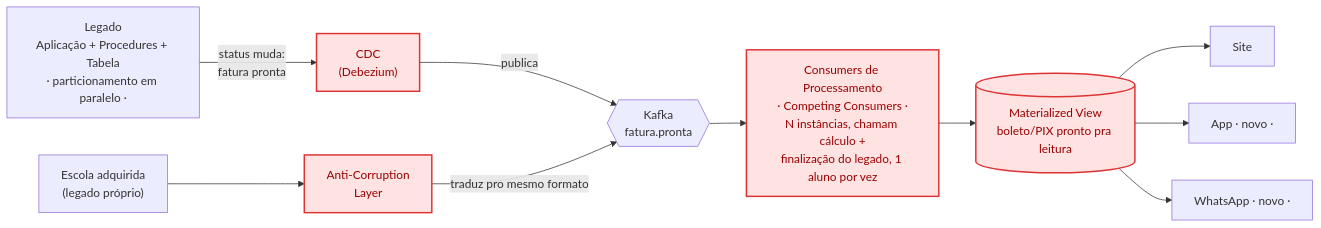
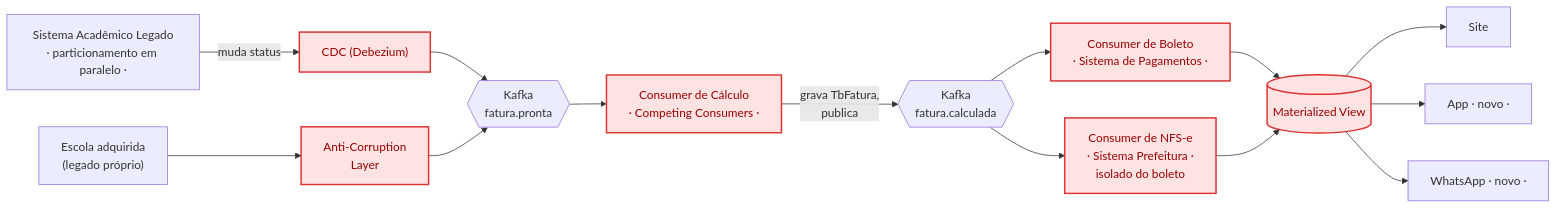
Before and after one commit to lealnetosena/colegio-leal: the diagram in diagramas/02-arquitetura-proposta.md, drawn with Mermaid. The commit also changed other lines of this file, not shown here.

First line of the commit message:
docs: separa boleto e NFS-e em consumers isolados na arquitetura proposta

````diff
--- a/diagramas/02-arquitetura-proposta.md
+++ b/diagramas/02-arquitetura-proposta.md
@@ -6,16 +12,20 @@
 ```mermaid
 flowchart LR
-    LEG["Legado<br/>Aplicação + Procedures + Tabela<br/>· particionamento em paralelo ·"] -->|"status muda:<br/>fatura pronta"| CDC["CDC<br/>(Debezium)"]
-    CDC -->|"publica"| KAFKA{{"Kafka<br/>fatura.pronta"}}
-    KAFKA --> CONS["Consumers de Processamento<br/>· Competing Consumers ·<br/>N instâncias, chamam cálculo +<br/>finalização do legado, 1 aluno por vez"]
-    CONS --> MV[("Materialized View<br/>boleto/PIX pronto pra leitura")]
+    LEG["Sistema Acadêmico Legado<br/>· particionamento em paralelo ·"] -->|"muda status"| CDC["CDC (Debezium)"]
+    CDC --> K1{{"Kafka<br/>fatura.pronta"}}
+    K1 --> CCALC["Consumer de Cálculo<br/>· Competing Consumers ·"]
+    CCALC -->|"grava TbFatura,<br/>publica"| K2{{"Kafka<br/>fatura.calculada"}}
+    K2 --> CBOL["Consumer de Boleto<br/>· Sistema de Pagamentos ·"]
+    K2 --> CNFE["Consumer de NFS-e<br/>· Sistema Prefeitura ·<br/>isolado do boleto"]
+    CBOL --> MV[("Materialized View")]
+    CNFE --> MV
     MV --> SITE["Site"]
     MV --> APP["App · novo ·"]
     MV --> WA["WhatsApp · novo ·"]
 
     ESC2["Escola adquirida<br/>(legado próprio)"] --> ACL["Anti-Corruption<br/>Layer"]
-    ACL -->|"traduz pro mesmo formato"| KAFKA
+    ACL --> K1
 
     classDef novo fill:#ffe3e3,stroke:#d33,color:#900,stroke-width:2px
-    class CDC,CONS,MV,ACL novo
+    class CDC,CCALC,CBOL,CNFE,MV,ACL novo
 ```
````
